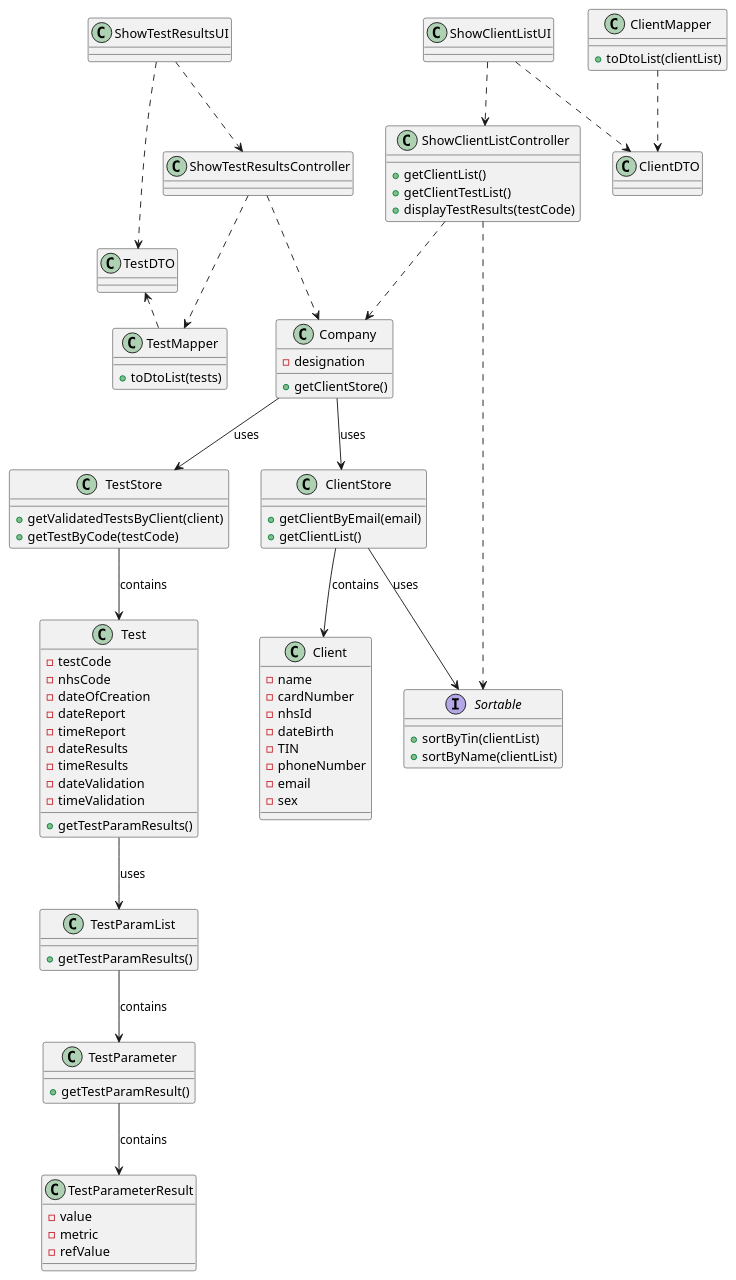
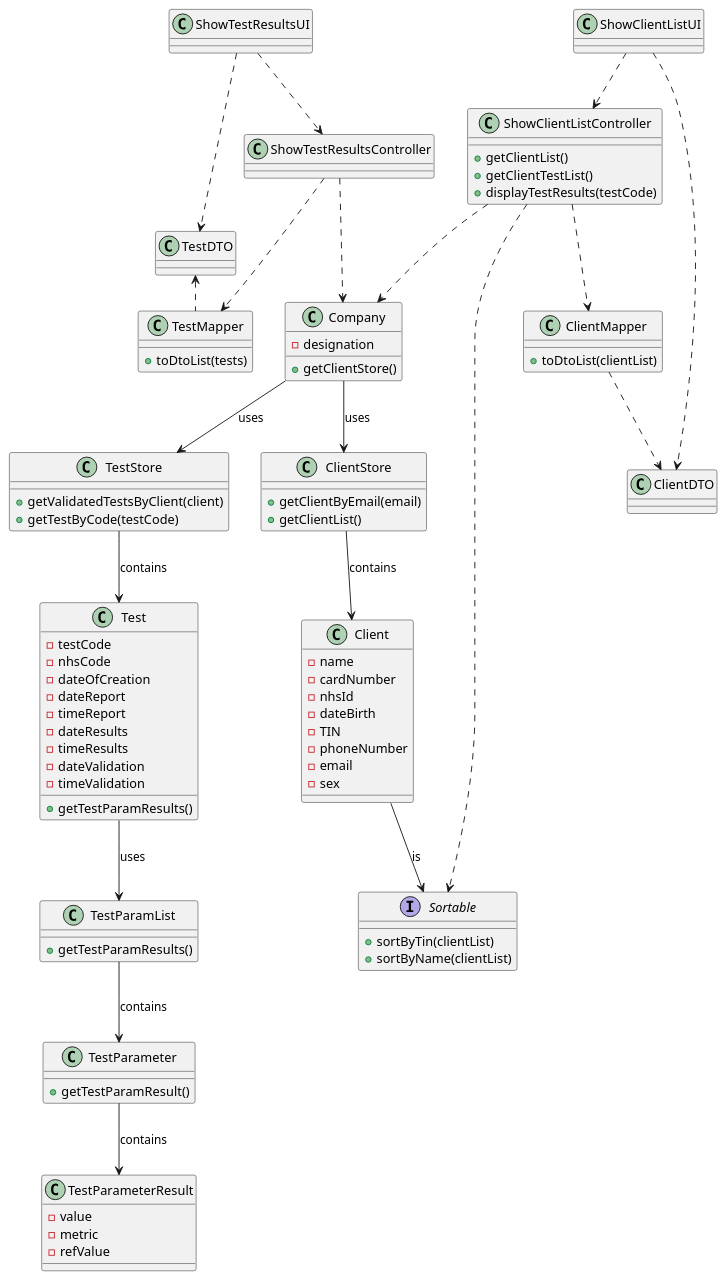
One commit to MadDinosaur/ISEP-LAPR2 changed the diagram in docs/SprintD/US13/US13_CD.puml. Above: the diagram before and after it, drawn with PlantUML. The commit also changed 5 other files, not shown here.

```diff
--- a/docs/SprintD/US13/US13_CD.puml
+++ b/docs/SprintD/US13/US13_CD.puml
@@ -1,105 +1,106 @@
 @startuml
 
 class ShowClientListUI
 
 class ShowClientListController{
 +getClientList()
 +getClientTestList()
 +displayTestResults(testCode)
 
 
 }
 
 class Client {
 - name
 - cardNumber
 - nhsId
 - dateBirth
 - TIN
 - phoneNumber
 - email
 - sex
 }
 
 class Company{
 -designation
 
 +getClientStore()
 }
 
 interface Sortable{
 +sortByTin(clientList)
 +sortByName(clientList)
 }
 
 class ClientStore {
 + getClientByEmail(email)
 + getClientList()
 }
 
 class ClientMapper{
 + toDtoList(clientList)
 }
 
 class ClientDTO
 
 class ShowTestResultsUI
 
 class ShowTestResultsController
 
 class TestStore {
 + getValidatedTestsByClient(client)
 + getTestByCode(testCode)
 }
 
 class Test {
 - testCode
 - nhsCode
 - dateOfCreation
 - dateReport
 - timeReport
 - dateResults
 - timeResults
 - dateValidation
 - timeValidation
 + getTestParamResults()
 }
 
 class TestMapper {
 + toDtoList(tests)
 }
 
 class TestParamList {
 + getTestParamResults()
 }
 
 class TestParameter {
 + getTestParamResult()
 }
 
 class TestParameterResult {
 - value
 - metric
 - refValue
 }
 
 ShowClientListUI ..> ShowClientListController
 ShowClientListController ..> Company
 ShowClientListController ..> Sortable
-ClientStore --> Sortable : uses
+ShowClientListController ..> ClientMapper
+Client --> Sortable : is
 ClientStore --> Client : contains
 ClientMapper ..> ClientDTO
 ShowClientListUI ..> ClientDTO
 ShowTestResultsUI ..> ShowTestResultsController
 ShowTestResultsUI ..> TestDTO
 ShowTestResultsController ..> TestMapper
 TestMapper .left.> TestDTO
 ShowTestResultsController ..> Company
 Company --> ClientStore : uses
 Company --> TestStore : uses
 TestStore --> Test : contains
 Test --> TestParamList : uses
 TestParamList --> TestParameter : contains
 TestParameter --> TestParameterResult : contains
 
 @enduml
```
